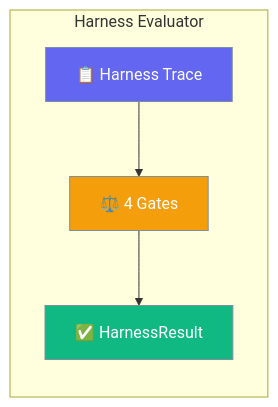
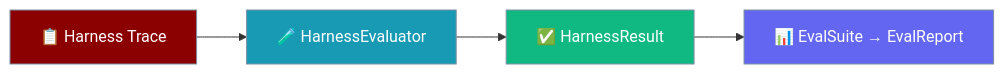
One commit to MervinPraison/PraisonAIDocs changed the first of 2 diagrams in docs/features/harness-evaluator.mdx. Above: the diagram before and after it, drawn with Mermaid. The commit also changed other lines of this file and 2 other files, not shown here.

First line of the commit message:
docs: add HarnessEvaluator page + plugins YAML options surface (fixes #1836)

````diff
--- a/docs/features/harness-evaluator.mdx
+++ b/docs/features/harness-evaluator.mdx
@@ -10,15 +10,16 @@
 ```mermaid
 graph LR
-    subgraph "Harness Evaluator"
-        T[📋 Harness Trace] --> G[⚖️ 4 Gates]
-        G --> R[✅ HarnessResult]
-    end
+    Trace[📋 Harness Trace] --> Eval[🧪 HarnessEvaluator]
+    Eval --> Result[✅ HarnessResult]
+    Result --> Suite[📊 EvalSuite → EvalReport]
 
-    classDef input fill:#6366F1,stroke:#7C90A0,color:#fff
-    classDef process fill:#F59E0B,stroke:#7C90A0,color:#fff
-    classDef output fill:#10B981,stroke:#7C90A0,color:#fff
+    classDef input fill:#8B0000,stroke:#7C90A0,color:#fff
+    classDef process fill:#189AB4,stroke:#7C90A0,color:#fff
+    classDef result fill:#10B981,stroke:#7C90A0,color:#fff
+    classDef report fill:#6366F1,stroke:#7C90A0,color:#fff
 
-    class T input
-    class G process
-    class R output
+    class Trace input
+    class Eval process
+    class Result result
+    class Suite report
 ```
````
